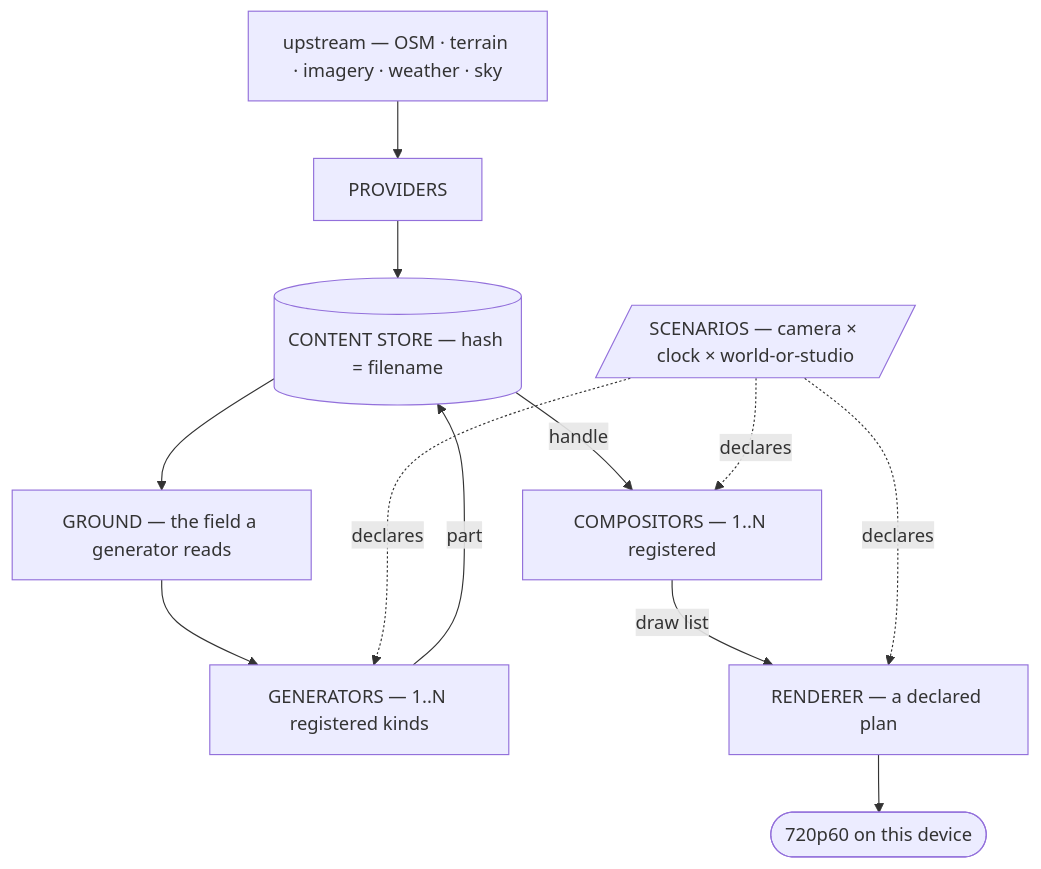
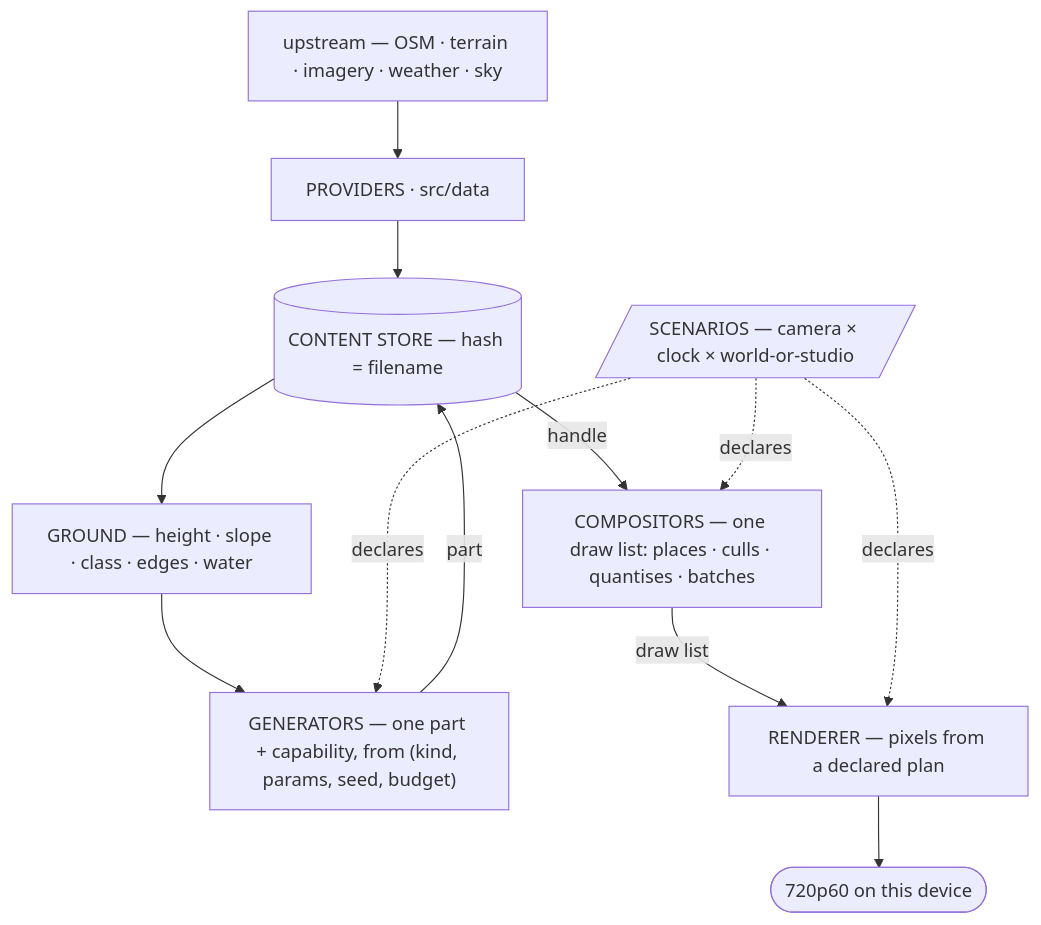
Before and after one commit to Weichwolf/outshine: the first of 6 diagrams in CLAUDE.md, drawn with Mermaid. The commit also changed other lines of this file, not shown here.

First line of the commit message:
CLAUDE.md rewritten: diagrams over prose, IST beside SOLL, 755 lines become 225

````diff
--- a/CLAUDE.md
+++ b/CLAUDE.md
@@ -251,21 +19,16 @@
 ```mermaid
 flowchart TD
   upstream["upstream — OSM · terrain · imagery · weather · sky"]
-  providers["PROVIDERS"]
+  providers["PROVIDERS · src/data"]
   store[("CONTENT STORE — hash = filename")]
-  field["GROUND — the field a generator reads"]
-  gen["GENERATORS — 1..N registered kinds"]
-  comp["COMPOSITORS — 1..N registered"]
-  rend["RENDERER — a declared plan"]
+  field["GROUND — height · slope · class · edges · water"]
+  gen["GENERATORS — one part + capability, from (kind, params, seed, budget)"]
+  comp["COMPOSITORS — one draw list: places · culls · quantises · batches"]
+  rend["RENDERER — pixels from a declared plan"]
   frame(["720p60 on this device"])
   scen[/"SCENARIOS — camera × clock × world-or-studio"/]
 
-  upstream --> providers --> store
-  store --> field --> gen
-  gen -->|part| store
-  store -->|handle| comp
-  comp -->|draw list| rend --> frame
-  scen -.->|declares| gen
-  scen -.->|declares| comp
-  scen -.->|declares| rend
+  upstream --> providers --> store --> field --> gen
+  gen -->|part| store -->|handle| comp -->|draw list| rend --> frame
+  scen -.->|declares| gen & comp & rend
 ```
````
